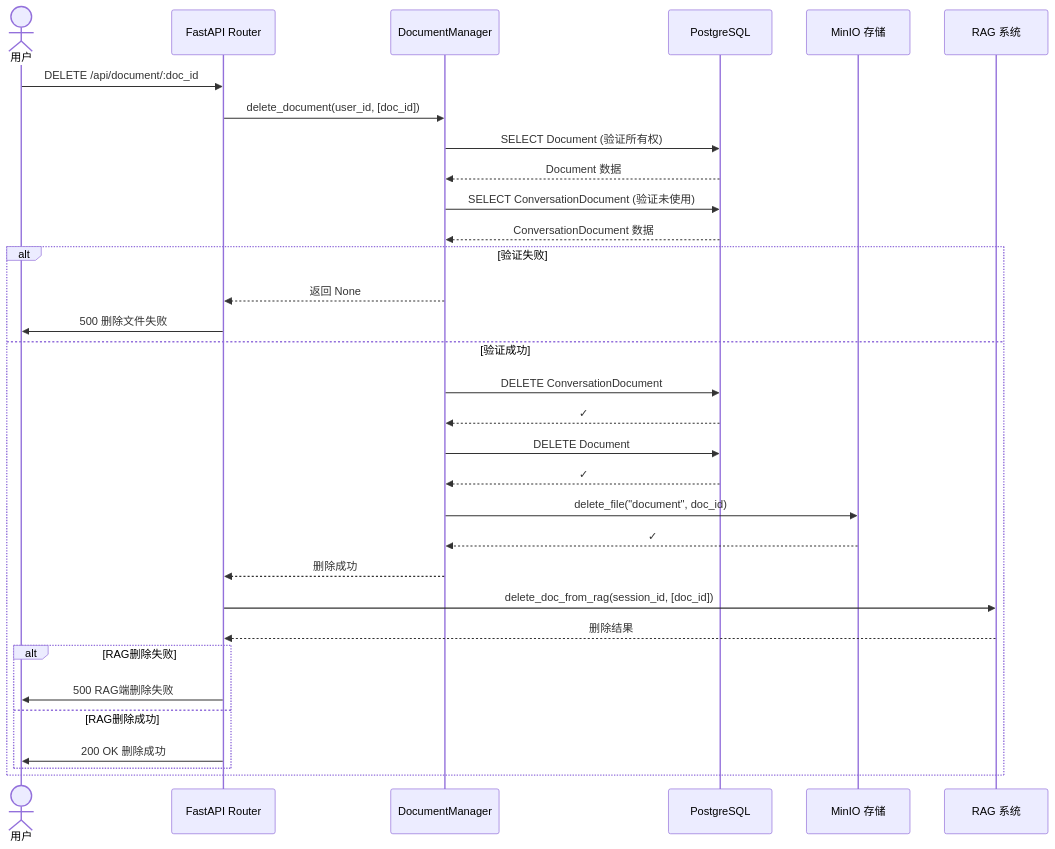
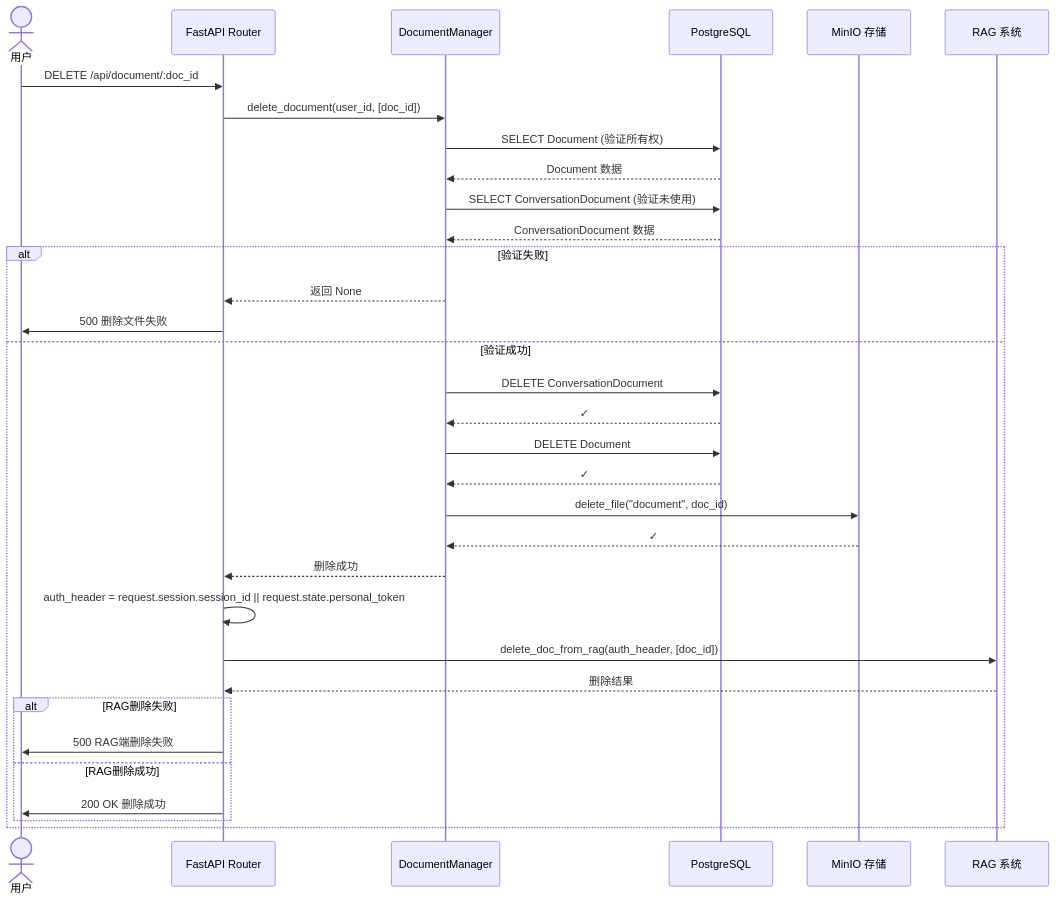
The seventh of 10 diagrams in design/services/document.md (openeuler-mirror/euler-copilot-framework), drawn with Mermaid before and after one commit. The commit also changed other lines of this file and 22 other files, not shown here.

````diff
--- a/design/services/document.md
+++ b/design/services/document.md
@@ -592,41 +594,42 @@
 ```mermaid
 sequenceDiagram
     actor User as 用户
     participant API as FastAPI Router
     participant DM as DocumentManager
     participant DB as PostgreSQL
     participant MinIO as MinIO 存储
     participant RAG as RAG 系统
 
     User->>API: DELETE /api/document/:doc_id
 
     API->>DM: delete_document(user_id, [doc_id])
 
     DM->>DB: SELECT Document (验证所有权)
     DB-->>DM: Document 数据
 
     DM->>DB: SELECT ConversationDocument (验证未使用)
     DB-->>DM: ConversationDocument 数据
 
     alt 验证失败
         DM-->>API: 返回 None
         API->>User: 500 删除文件失败
     else 验证成功
         DM->>DB: DELETE ConversationDocument
         DB-->>DM: ✓
         DM->>DB: DELETE Document
         DB-->>DM: ✓
         DM->>MinIO: delete_file("document", doc_id)
         MinIO-->>DM: ✓
         DM-->>API: 删除成功
 
-        API->>RAG: delete_doc_from_rag(session_id, [doc_id])
+        API->>API: auth_header = request.session.session_id || request.state.personal_token
+        API->>RAG: delete_doc_from_rag(auth_header, [doc_id])
         RAG-->>API: 删除结果
 
         alt RAG删除失败
             API->>User: 500 RAG端删除失败
         else RAG删除成功
             API->>User: 200 OK 删除成功
         end
     end
 ```
````
